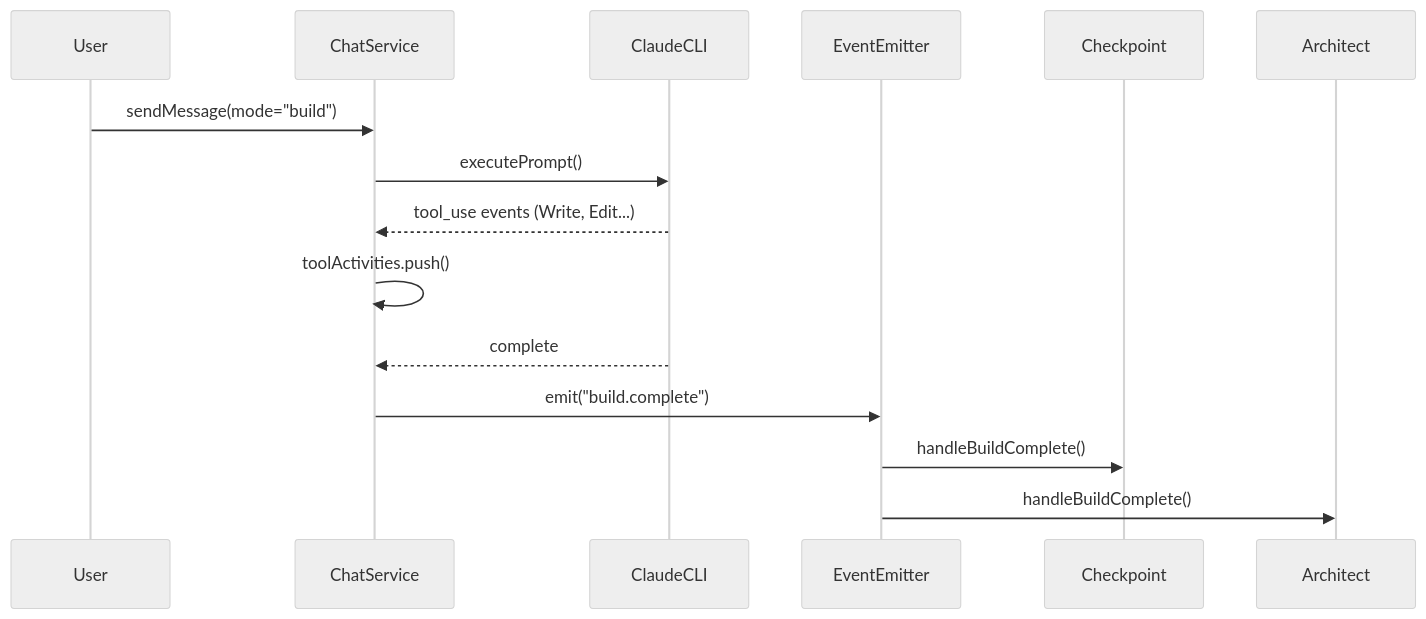
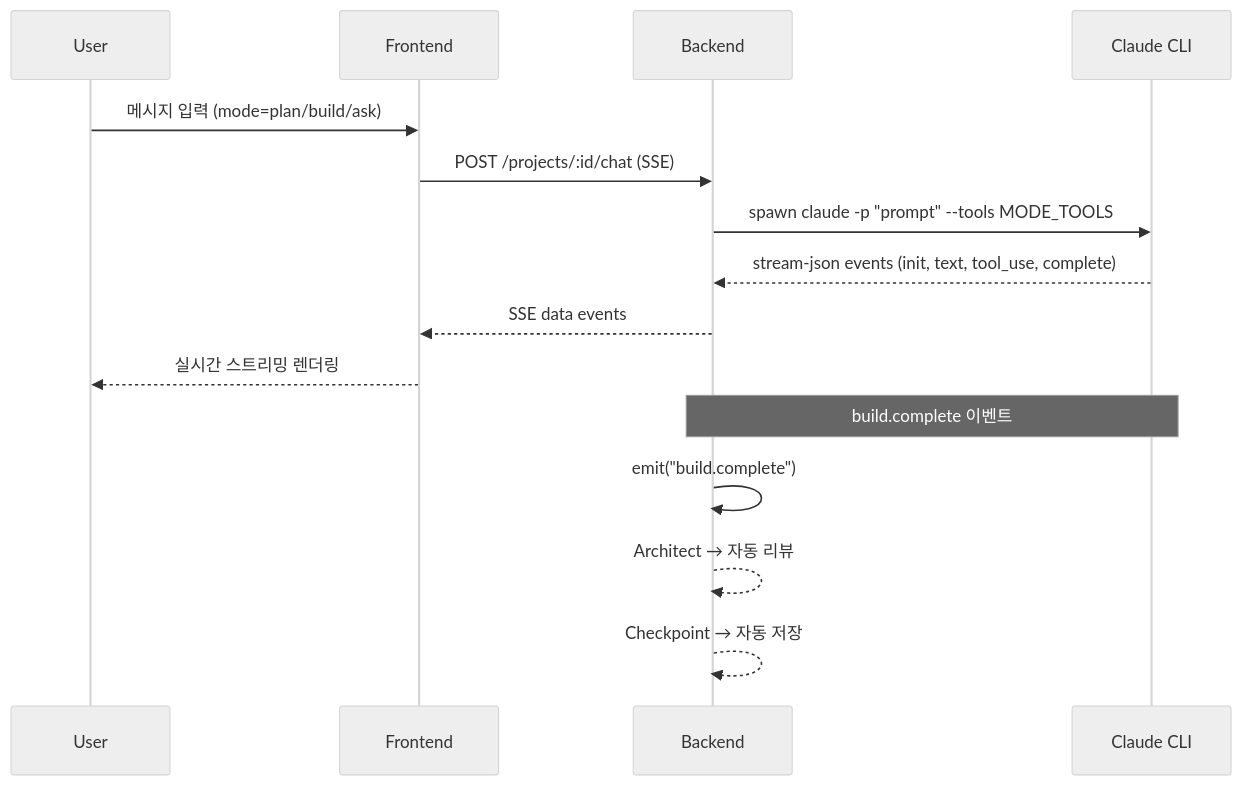
The fourth of 4 diagrams in design/phase-002/001-overview.md (Nicered/ClaudeShip), drawn with Mermaid (neutral theme) before and after one commit. The commit also changed other lines of this file and 39 other files, not shown here.

````diff
--- a/design/phase-002/001-overview.md
+++ b/design/phase-002/001-overview.md
@@ -127,18 +184,19 @@
 ```mermaid
 sequenceDiagram
     participant User
-    participant ChatService
-    participant ClaudeCLI
-    participant EventEmitter
-    participant Checkpoint
-    participant Architect
+    participant Web as Frontend
+    participant API as Backend
+    participant CLI as Claude CLI
 
-    User->>ChatService: sendMessage(mode="build")
-    ChatService->>ClaudeCLI: executePrompt()
-    ClaudeCLI-->>ChatService: tool_use events (Write, Edit...)
-    ChatService->>ChatService: toolActivities.push()
-    ClaudeCLI-->>ChatService: complete
-    ChatService->>EventEmitter: emit("build.complete")
-    EventEmitter->>Checkpoint: handleBuildComplete()
-    EventEmitter->>Architect: handleBuildComplete()
+    User->>Web: 메시지 입력 (mode=plan/build/ask)
+    Web->>API: POST /projects/:id/chat (SSE)
+    API->>CLI: spawn claude -p "prompt" --tools MODE_TOOLS
+    CLI-->>API: stream-json events (init, text, tool_use, complete)
+    API-->>Web: SSE data events
+    Web-->>User: 실시간 스트리밍 렌더링
+
+    Note over API,CLI: build.complete 이벤트
+    API->>API: emit("build.complete")
+    API-->>API: Architect → 자동 리뷰
+    API-->>API: Checkpoint → 자동 저장
 ```
````
